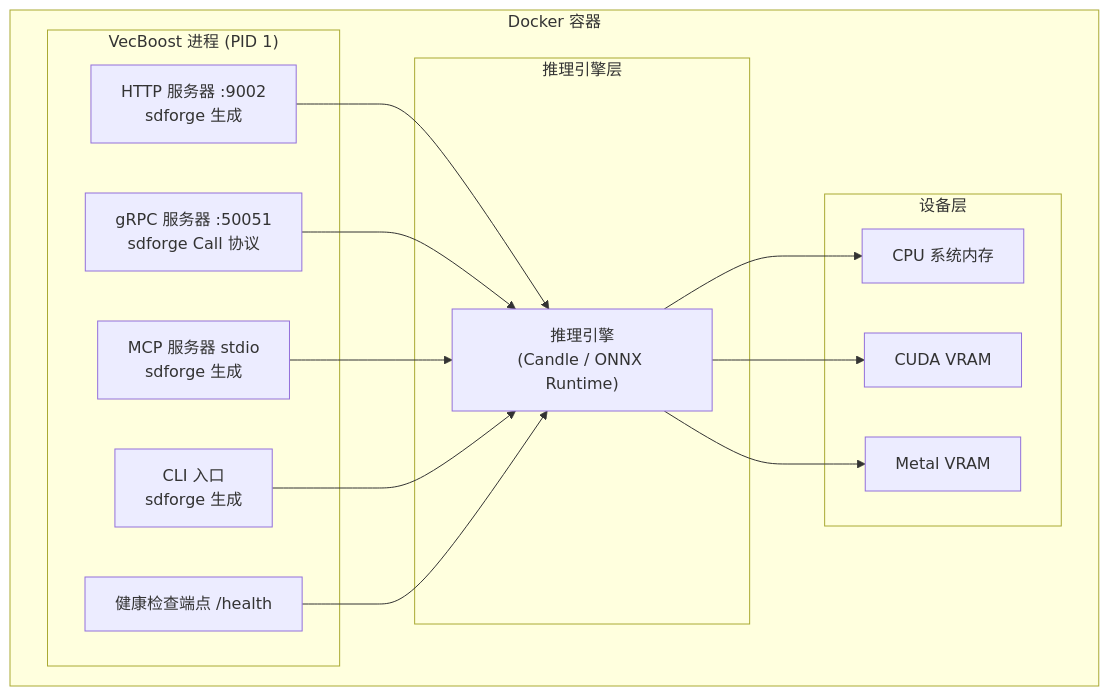
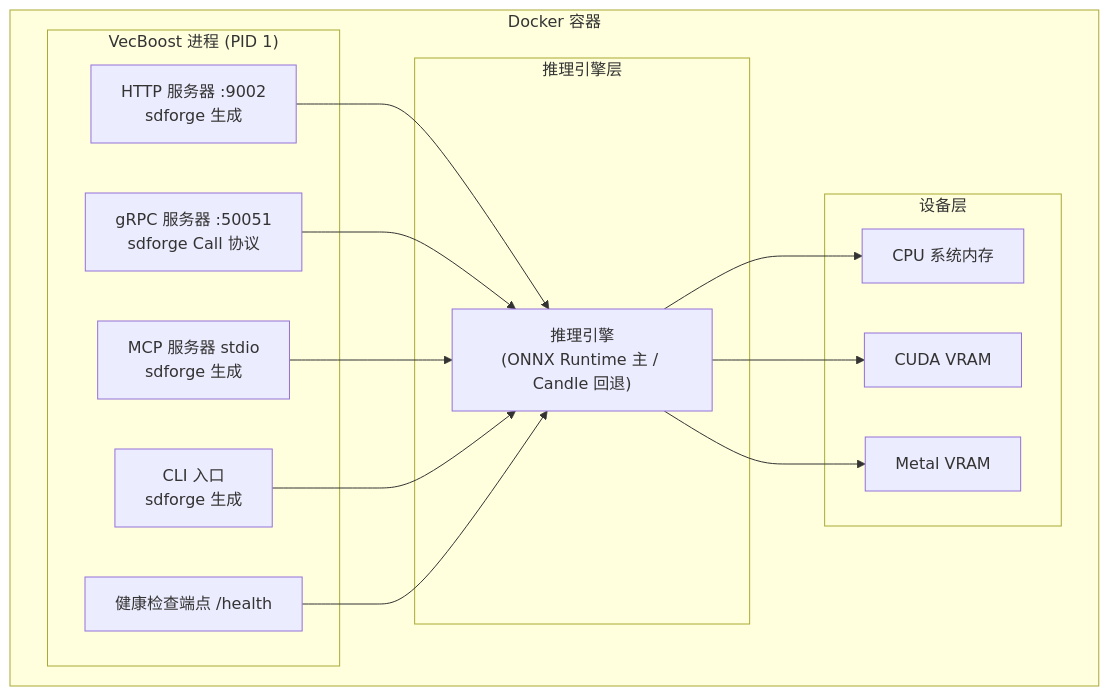
The eighth of 8 diagrams in docs/ARCHITECTURE.md (Kirky-X/vecboost), drawn with Mermaid before and after one commit. The commit also changed other lines of this file and 3 other files, not shown here.

First line of the commit message:
refactor(engine): 收拾 onnx-primary 口径残留——bench 缺省引擎、缺省上下文、架构文档对齐主引擎切换

````diff
--- a/docs/ARCHITECTURE.md
+++ b/docs/ARCHITECTURE.md
@@ -878,32 +886,32 @@
 ```mermaid
 graph TB
     subgraph Docker["Docker 容器"]
         subgraph Process["VecBoost 进程 (PID 1)"]
             HTTP["HTTP 服务器 :9002<br/>sdforge 生成"]
             GRPC["gRPC 服务器 :50051<br/>sdforge Call 协议"]
             MCP["MCP 服务器 stdio<br/>sdforge 生成"]
             CLI["CLI 入口<br/>sdforge 生成"]
             Health["健康检查端点 /health"]
         end
 
         subgraph Engine["推理引擎层"]
-            InferenceEngine["推理引擎<br/>(Candle / ONNX Runtime)"]
+            InferenceEngine["推理引擎<br/>(ONNX Runtime 主 / Candle 回退)"]
         end
 
         subgraph Device["设备层"]
             CPU["CPU 系统内存"]
             CUDA["CUDA VRAM"]
             Metal["Metal VRAM"]
         end
 
         HTTP --> InferenceEngine
         GRPC --> InferenceEngine
         MCP --> InferenceEngine
         CLI --> InferenceEngine
         Health --> InferenceEngine
 
         InferenceEngine --> CPU
         InferenceEngine --> CUDA
         InferenceEngine --> Metal
     end
 ```
````
